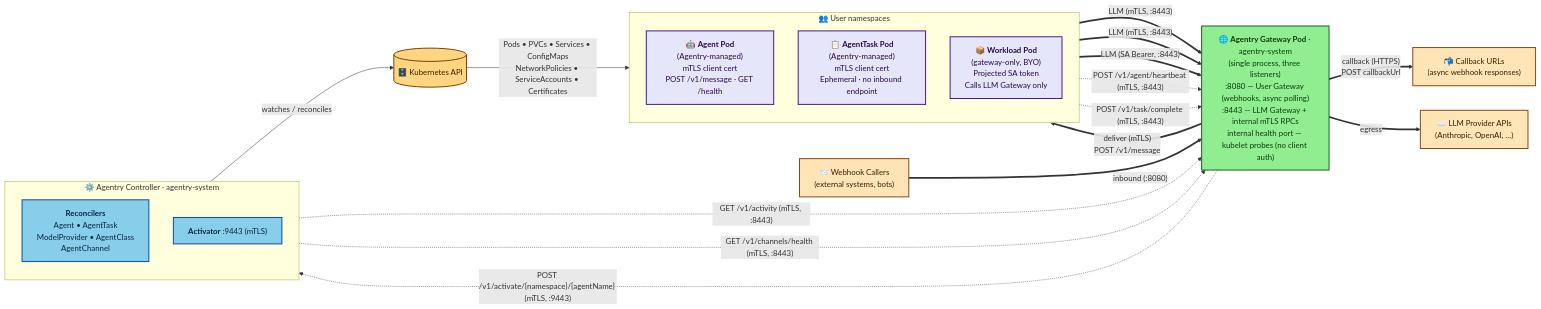
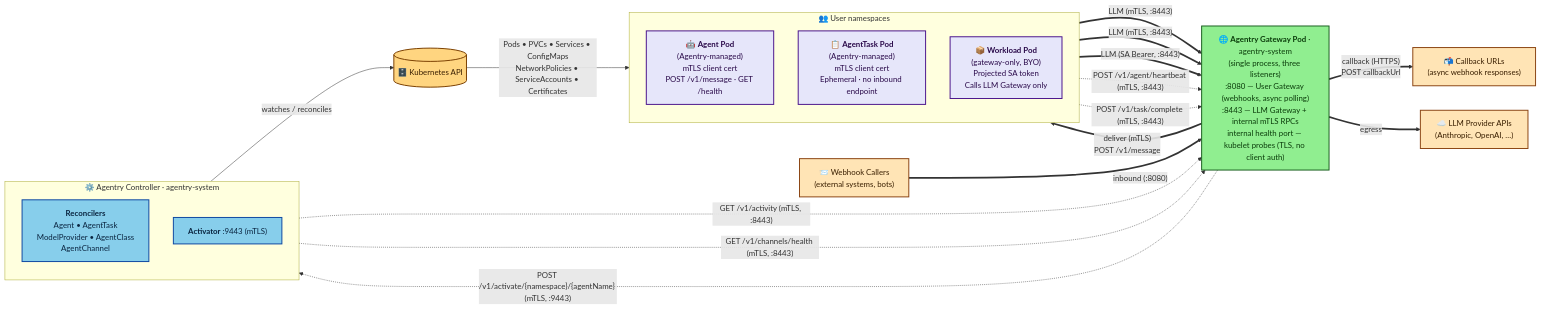
Before and after one commit to win07xp/kaalm: the diagram in docs/ARCHITECTURE.md, drawn with Mermaid. The commit also changed other lines of this file, not shown here.

Commit message:
Close two design-review findings in ARCHITECTURE.md

````diff
--- a/docs/ARCHITECTURE.md
+++ b/docs/ARCHITECTURE.md
@@ -40,60 +40,60 @@
 ```mermaid
 flowchart LR
     %% ── Inbound external ─────────────────────────────────
     webhooks["📨 Webhook Callers<br/>(external systems, bots)"]
 
     %% ── Agentry Gateway (agentry-system) ─────────────────
-    gw["🌐 <b>Agentry Gateway Pod</b> · agentry-system<br/>(single process, three listeners)<br/>:8080 — User Gateway (webhooks, async polling)<br/>:8443 — LLM Gateway + internal mTLS RPCs<br/>internal health port — kubelet probes (no client auth)"]
+    gw["🌐 <b>Agentry Gateway Pod</b> · agentry-system<br/>(single process, three listeners)<br/>:8080 — User Gateway (webhooks, async polling)<br/>:8443 — LLM Gateway + internal mTLS RPCs<br/>internal health port — kubelet probes (TLS, no client auth)"]
 
     %% ── User namespaces (agent + workload pods) ──────────
     subgraph users["👥 User namespaces"]
         direction TB
         agentC["🤖 <b>Agent Pod</b><br/>(Agentry-managed)<br/>mTLS client cert<br/>POST /v1/message · GET /health"]
         agentTaskC["📋 <b>AgentTask Pod</b><br/>(Agentry-managed)<br/>mTLS client cert<br/>Ephemeral · no inbound endpoint"]
         workloadC["📦 <b>Workload Pod</b><br/>(gateway-only, BYO)<br/>Projected SA token<br/>Calls LLM Gateway only"]
     end
 
     %% ── Outbound external ────────────────────────────────
     providers["☁️ LLM Provider APIs<br/>(Anthropic, OpenAI, …)"]
     callbacks["📬 Callback URLs<br/>(async webhook responses)"]
 
     %% ── Controller + apiserver (control plane) ───────────
     subgraph ctrl["⚙️ Agentry Controller · agentry-system"]
         direction TB
         recs["<b>Reconcilers</b><br/>Agent • AgentTask<br/>ModelProvider • AgentClass<br/>AgentChannel"]
         activator["<b>Activator</b> :9443 (mTLS)"]
     end
     apiserver[("🗄️ Kubernetes API")]
 
     %% ── Data plane (thick) ───────────────────────────────
     webhooks == "inbound (:8080)" ==> gw
     gw == "deliver (mTLS)<br/>POST /v1/message" ==> agentC
     gw == "callback (HTTPS)<br/>POST callbackUrl" ==> callbacks
     agentC & agentTaskC == "LLM (mTLS, :8443)" ==> gw
     workloadC == "LLM (SA Bearer, :8443)" ==> gw
     gw == "egress" ==> providers
 
     %% ── Lifecycle (thin) ─────────────────────────────────
     ctrl -- "watches / reconciles" --> apiserver
     apiserver -- "Pods • PVCs • Services • ConfigMaps<br/>NetworkPolicies • ServiceAccounts • Certificates" --> users
 
     %% ── Internal mTLS RPCs (dashed) ──────────────────────
     gw -. "POST /v1/activate/{namespace}/{agentName} (mTLS, :9443)" .-> activator
     ctrl -. "GET /v1/activity (mTLS, :8443)" .-> gw
     ctrl -. "GET /v1/channels/health (mTLS, :8443)" .-> gw
     agentC -. "POST /v1/agent/heartbeat (mTLS, :8443)" .-> gw
     agentTaskC -. "POST /v1/task/complete (mTLS, :8443)" .-> gw
 
     %% ── Styling (high contrast) ──────────────────────────
     classDef extNode fill:#FFE4B5,stroke:#8B4513,stroke-width:2px,color:#3a1f00
     classDef gwNode  fill:#90EE90,stroke:#1B5E20,stroke-width:2px,color:#0b3d0b
     classDef ctlNode fill:#87CEEB,stroke:#0D47A1,stroke-width:2px,color:#0a2540
     classDef podNode fill:#E6E6FA,stroke:#4A148C,stroke-width:2px,color:#2a0a4a
     classDef k8sNode fill:#FFD580,stroke:#7a3f00,stroke-width:2px,color:#3a1f00
 
     class webhooks,providers,callbacks extNode
     class gw gwNode
     class recs,activator ctlNode
     class agentC,agentTaskC,workloadC podNode
     class apiserver k8sNode
 ```
````
